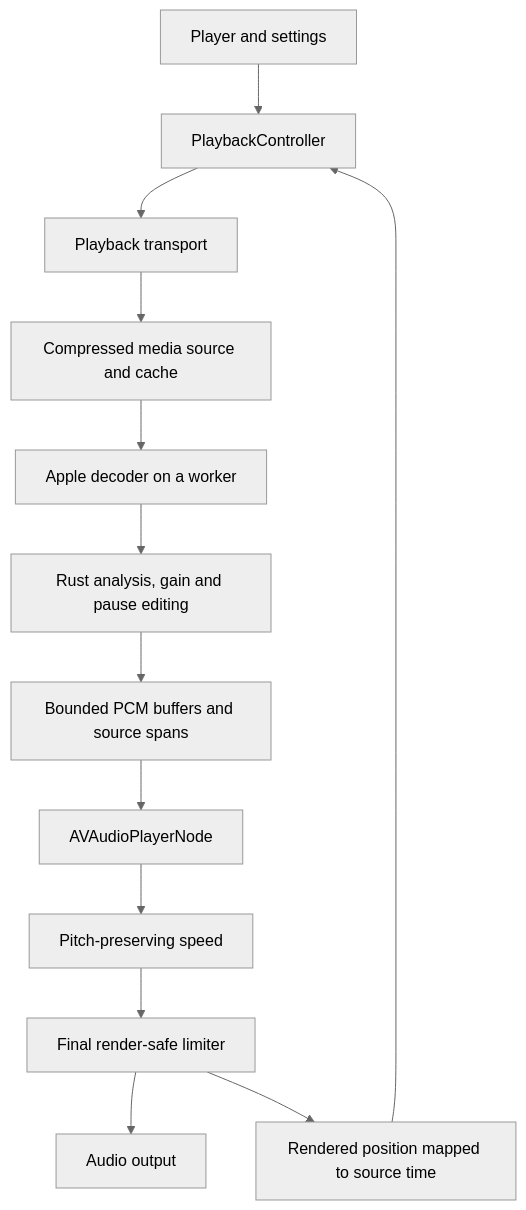
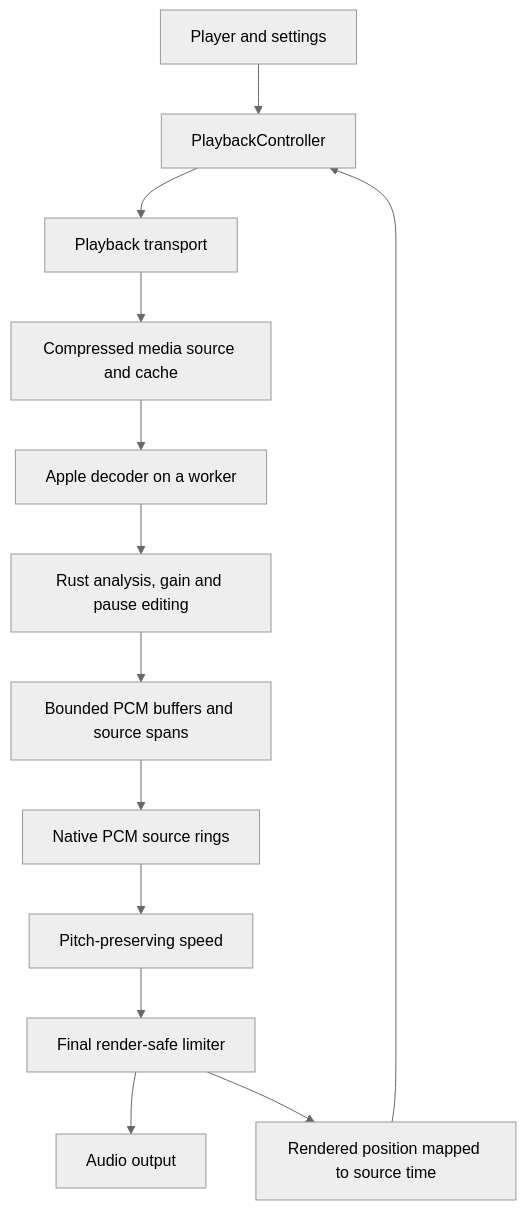
Before and after one commit to shantanuraj/podcst-web: the diagram in docs/audio-experience-plan.md, drawn with Mermaid (neutral theme). The commit also changed other lines of this file and 2 other files, not shown here.

Commit message:
docs(audio): record native candidate evidence and remaining device gates

````diff
--- a/docs/audio-experience-plan.md
+++ b/docs/audio-experience-plan.md
@@ -41,15 +41,15 @@
 ```mermaid
 flowchart TD
     UI[Player and settings] --> Controller[PlaybackController]
     Controller --> Backend[Playback transport]
     Backend --> Media[Compressed media source and cache]
     Media --> Decoder[Apple decoder on a worker]
     Decoder --> DSP[Rust analysis, gain and pause editing]
     DSP --> Buffers[Bounded PCM buffers and source spans]
-    Buffers --> Player[AVAudioPlayerNode]
+    Buffers --> Player[Native PCM source rings]
     Player --> Speed[Pitch-preserving speed]
     Speed --> Limiter[Final render-safe limiter]
     Limiter --> Output[Audio output]
     Limiter --> Clock[Rendered position mapped to source time]
     Clock --> Controller
 ```
````
